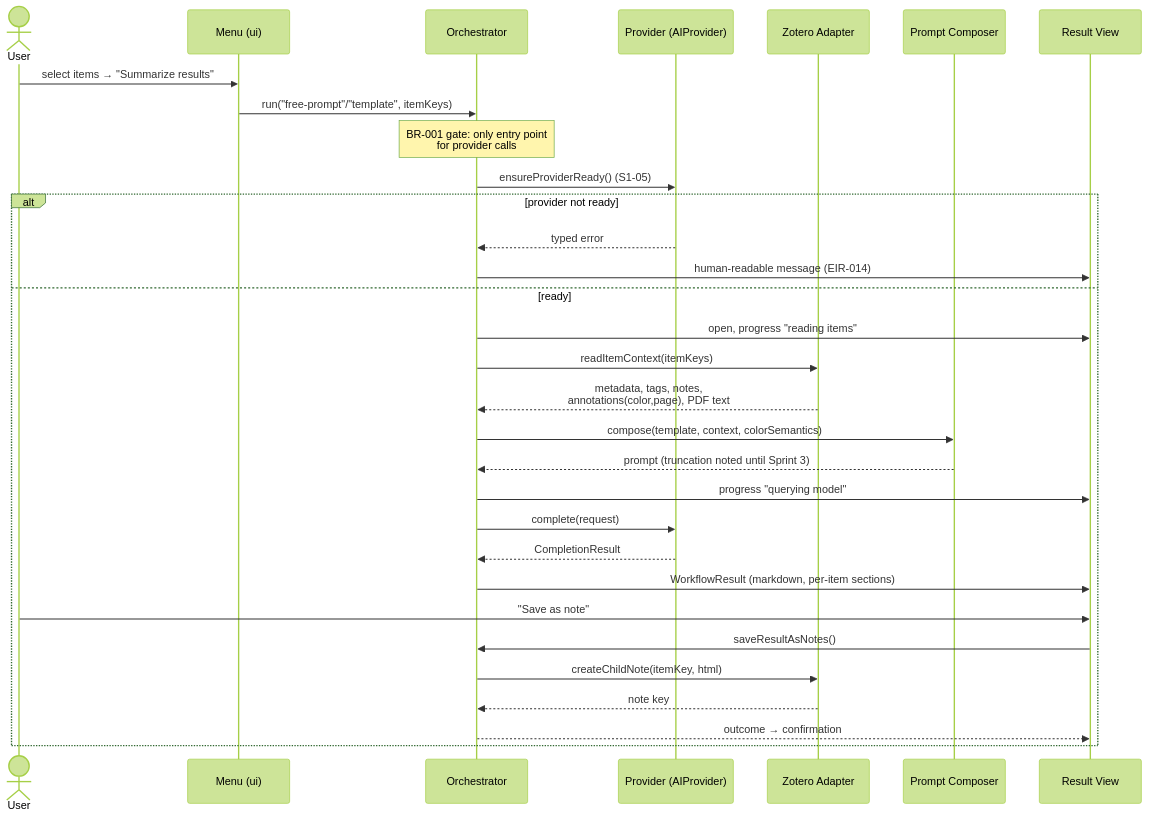
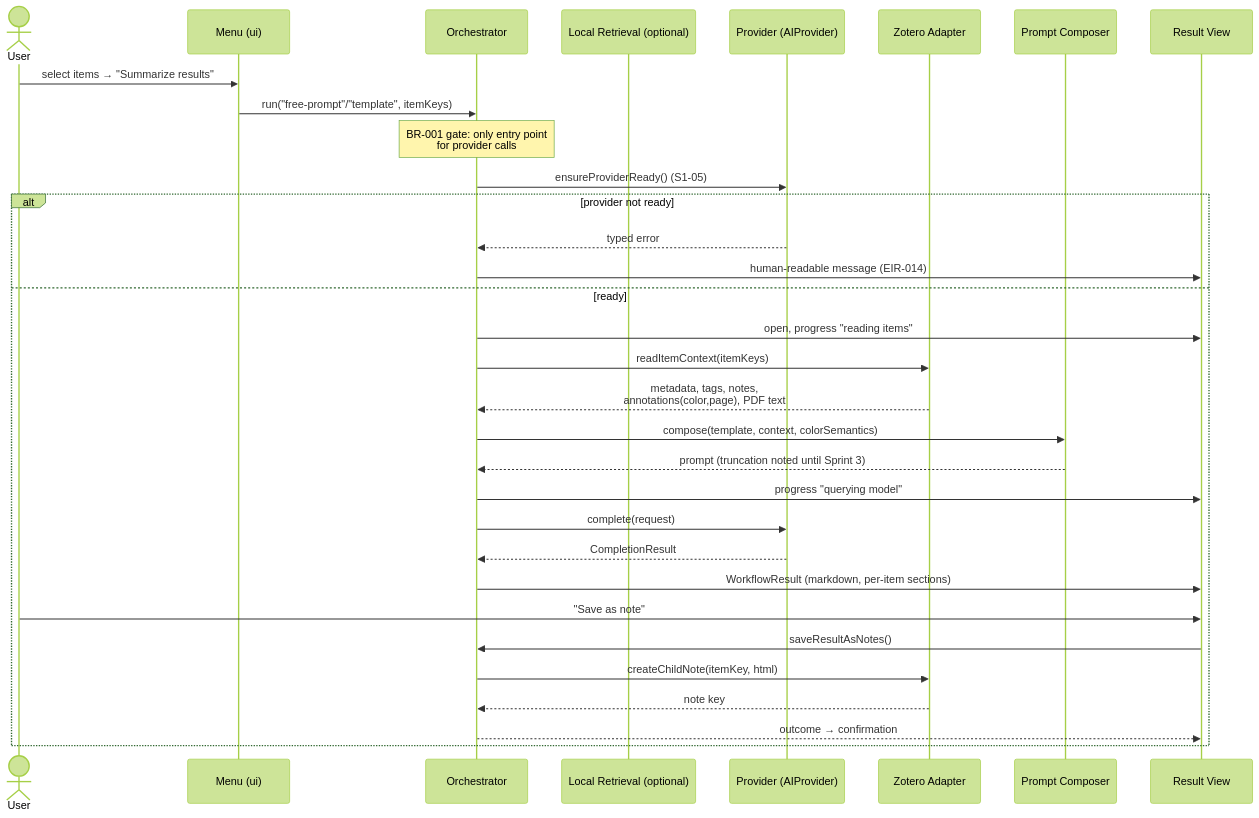
Before and after one commit to theUpsider/zotero-agent: the first of 5 diagrams in docs/architecture/03-runtime-view.md, drawn with Mermaid (forest theme). The commit also changed other lines of this file and 22 other files, not shown here.

````diff
--- a/docs/architecture/03-runtime-view.md
+++ b/docs/architecture/03-runtime-view.md
@@ -10,34 +10,35 @@
 ```mermaid
 sequenceDiagram
     actor U as User
     participant M as Menu (ui)
     participant O as Orchestrator
+    participant R as Local Retrieval (optional)
     participant P as Provider (AIProvider)
     participant A as Zotero Adapter
     participant C as Prompt Composer
     participant V as Result View
 
     U->>M: select items → "Summarize results"
     M->>O: run("free-prompt"/"template", itemKeys)
     Note over O: BR-001 gate: only entry point<br/>for provider calls
     O->>P: ensureProviderReady() (S1-05)
     alt provider not ready
         P-->>O: typed error
         O->>V: human-readable message (EIR-014)
     else ready
         O->>V: open, progress "reading items"
         O->>A: readItemContext(itemKeys)
         A-->>O: metadata, tags, notes,<br/>annotations(color,page), PDF text
         O->>C: compose(template, context, colorSemantics)
         C-->>O: prompt (truncation noted until Sprint 3)
         O->>V: progress "querying model"
         O->>P: complete(request)
         P-->>O: CompletionResult
         O->>V: WorkflowResult (markdown, per-item sections)
         U->>V: "Save as note"
         V->>O: saveResultAsNotes()
         O->>A: createChildNote(itemKey, html)
         A-->>O: note key
         O-->>V: outcome → confirmation
     end
 ```
````
